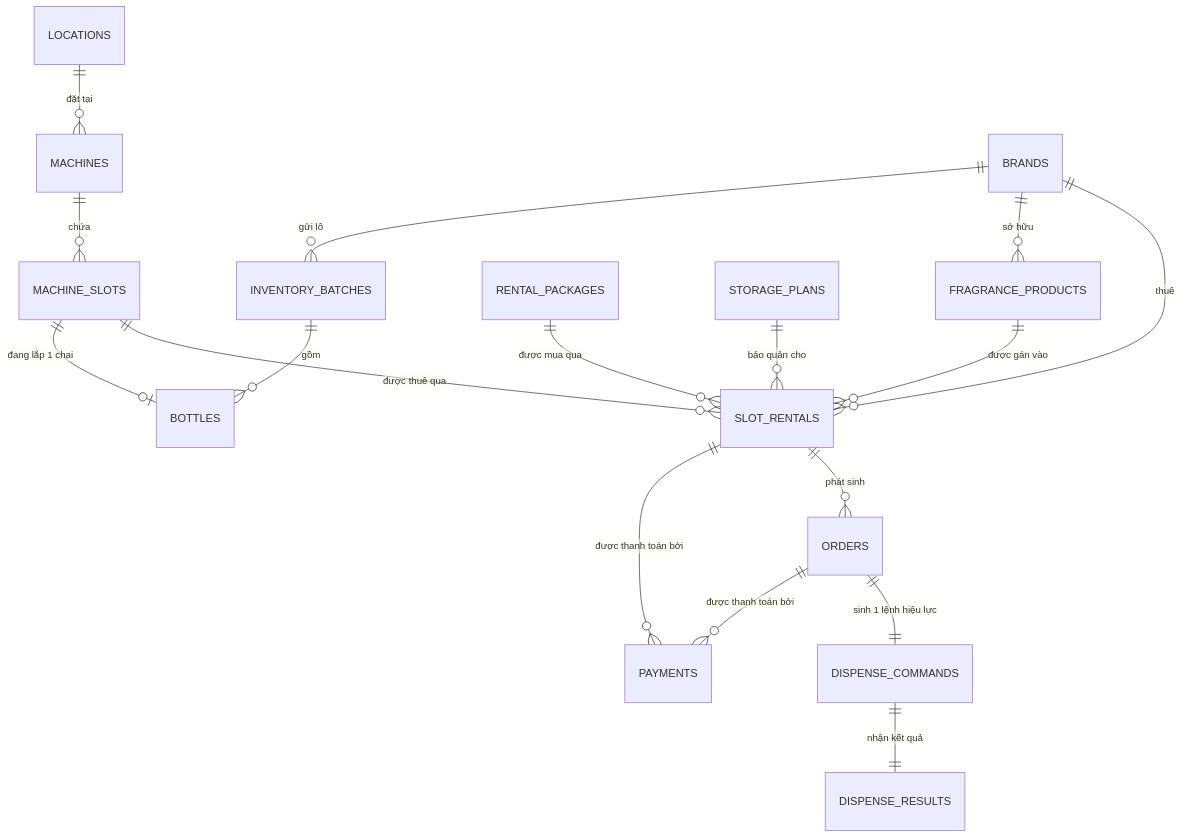
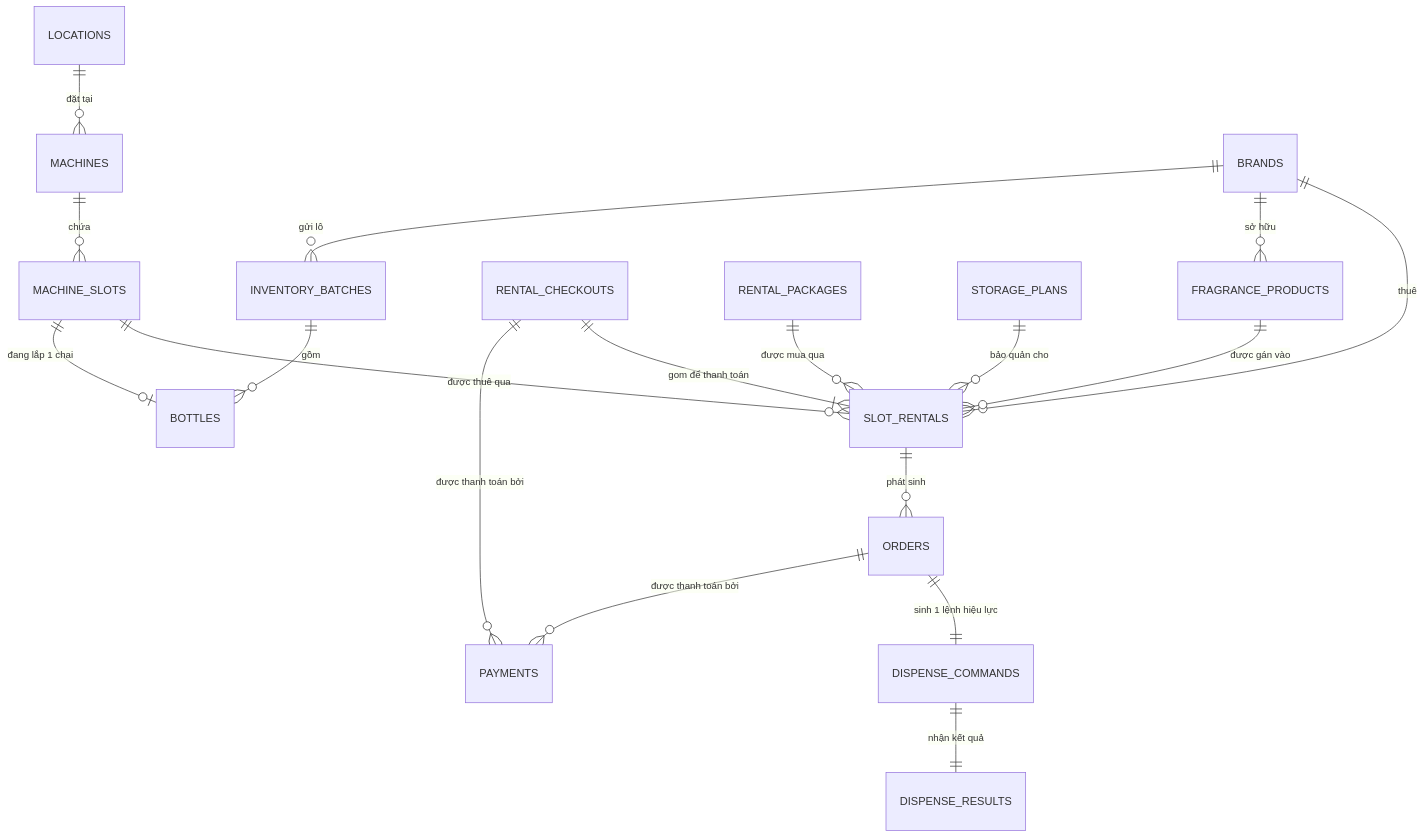
One commit to nhax-work/Muti-Brand_PerfumeIOT changed the first of 7 diagrams in spec/contracts/erd.md. Above: the diagram before and after it, drawn with Mermaid. The commit also changed other lines of this file and 10 other files, not shown here.

First line of the commit message:
feat(SLT): thanh toán một lần cho nhiều slot bằng phiên thanh toán (ADR-0008)

````diff
--- a/spec/contracts/erd.md
+++ b/spec/contracts/erd.md
@@ -19,19 +19,20 @@
 ```mermaid
 erDiagram
     LOCATIONS          ||--o{ MACHINES : "đặt tại"
     MACHINES           ||--o{ MACHINE_SLOTS : "chứa"
     MACHINE_SLOTS      ||--o{ SLOT_RENTALS : "được thuê qua"
     BRANDS             ||--o{ SLOT_RENTALS : "thuê"
     BRANDS             ||--o{ FRAGRANCE_PRODUCTS : "sở hữu"
     FRAGRANCE_PRODUCTS ||--o{ SLOT_RENTALS : "được gán vào"
     SLOT_RENTALS       ||--o{ ORDERS : "phát sinh"
-    SLOT_RENTALS       ||--o{ PAYMENTS : "được thanh toán bởi"
+    RENTAL_CHECKOUTS   ||--|{ SLOT_RENTALS : "gom để thanh toán"
+    RENTAL_CHECKOUTS   ||--o{ PAYMENTS : "được thanh toán bởi"
     RENTAL_PACKAGES    ||--o{ SLOT_RENTALS : "được mua qua"
     STORAGE_PLANS      ||--o{ SLOT_RENTALS : "bảo quản cho"
     ORDERS             ||--|| DISPENSE_COMMANDS : "sinh 1 lệnh hiệu lực"
     DISPENSE_COMMANDS  ||--|| DISPENSE_RESULTS : "nhận kết quả"
     ORDERS             ||--o{ PAYMENTS : "được thanh toán bởi"
     BRANDS             ||--o{ INVENTORY_BATCHES : "gửi lô"
     INVENTORY_BATCHES  ||--o{ BOTTLES : "gồm"
     MACHINE_SLOTS      ||--o| BOTTLES : "đang lắp 1 chai"
 ```
````
